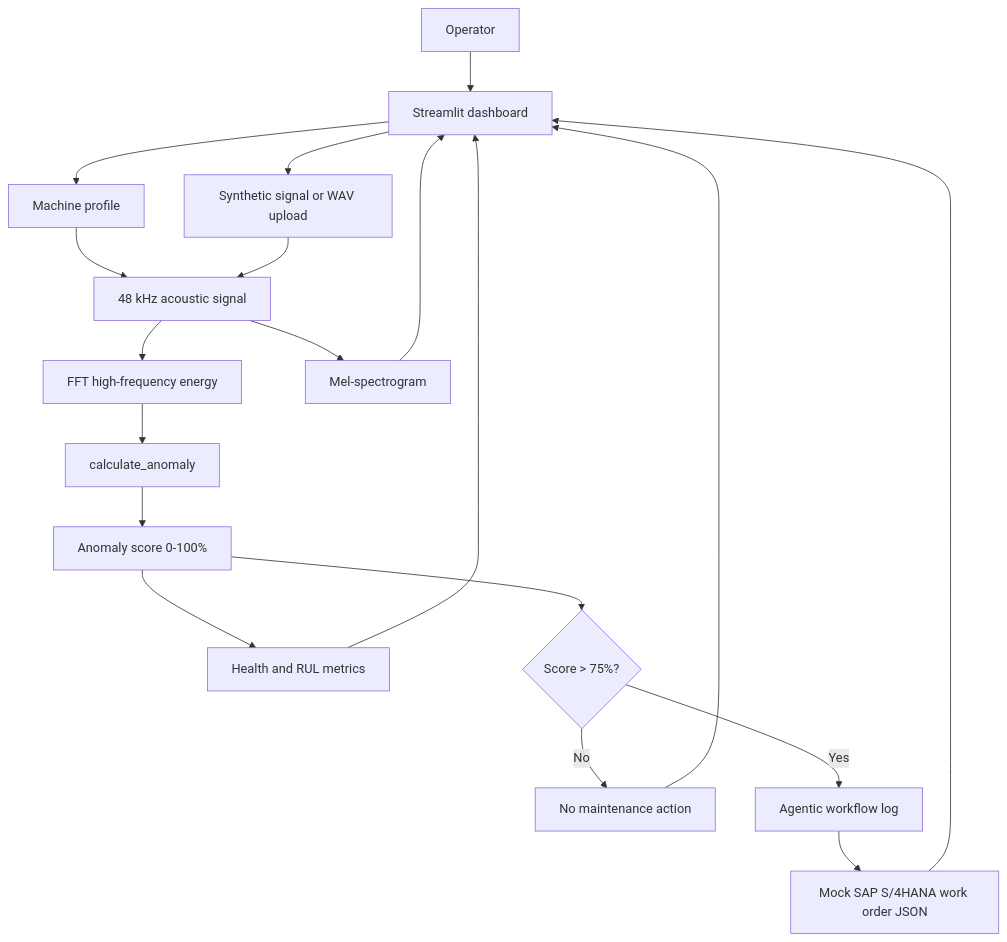
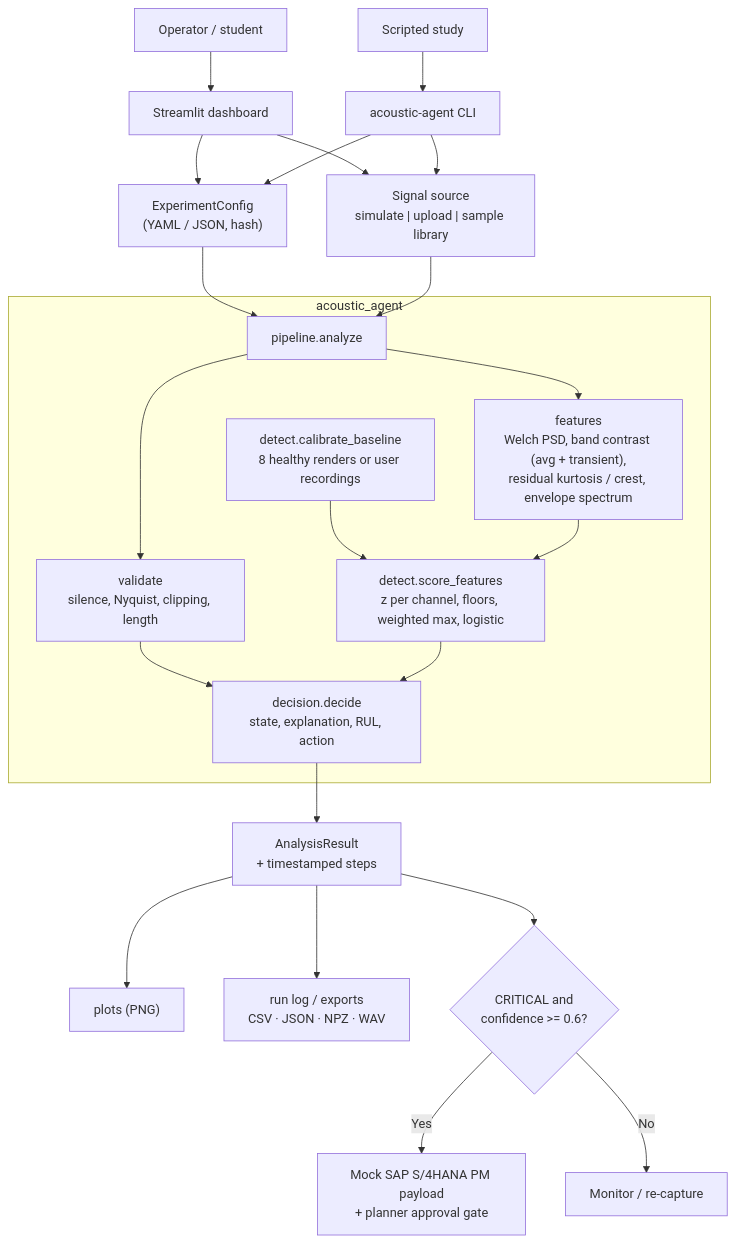
Before and after one commit to lalitsonawane/acoustic-diagnostic-agent-mvp: the first of 3 diagrams in docs/architecture.md, drawn with Mermaid. The commit also changed other lines of this file and 37 other files, not shown here.

First line of the commit message:
Professionalise MVP: acoustic_agent package, honest detector, experiment tooling (v0.2.0)

````diff
--- a/docs/architecture.md
+++ b/docs/architecture.md
@@ -7,21 +12,25 @@
 ```mermaid
 flowchart TD
-    operator["Operator"] --> ui["Streamlit dashboard"]
-    ui --> select["Machine profile"]
-    ui --> source["Synthetic signal or WAV upload"]
-    select --> signal["48 kHz acoustic signal"]
-    source --> signal
-    signal --> features["FFT high-frequency energy"]
-    signal --> mel["Mel-spectrogram"]
-    features --> detector["calculate_anomaly"]
-    detector --> score["Anomaly score 0-100%"]
-    score --> health["Health and RUL metrics"]
-    score --> gate{"Score > 75%?"}
-    gate -->|"No"| normal["No maintenance action"]
-    gate -->|"Yes"| agent["Agentic workflow log"]
-    agent --> sap["Mock SAP S/4HANA work order JSON"]
-    mel --> ui
-    health --> ui
-    normal --> ui
-    sap --> ui
+    operator["Operator / student"] --> ui["Streamlit dashboard"]
+    script["Scripted study"] --> cli["acoustic-agent CLI"]
+    ui --> cfg["ExperimentConfig\n(YAML / JSON, hash)"]
+    cli --> cfg
+    ui --> src["Signal source\nsimulate | upload | sample library"]
+    cli --> src
+    cfg --> pipe["pipeline.analyze"]
+    src --> pipe
+    subgraph acoustic_agent
+        pipe --> feat["features\nWelch PSD, band contrast (avg + transient),\nresidual kurtosis / crest, envelope spectrum"]
+        pipe --> val["validate\nsilence, Nyquist, clipping, length"]
+        base["detect.calibrate_baseline\n8 healthy renders or user recordings"] --> det
+        feat --> det["detect.score_features\nz per channel, floors, weighted max, logistic"]
+        val --> dec
+        det --> dec["decision.decide\nstate, explanation, RUL, action"]
+    end
+    dec --> result["AnalysisResult\n+ timestamped steps"]
+    result --> plots["plots (PNG)"]
+    result --> log["run log / exports\nCSV · JSON · NPZ · WAV"]
+    result --> gate{"CRITICAL and\nconfidence >= 0.6?"}
+    gate -->|"Yes"| wo["Mock SAP S/4HANA PM payload\n+ planner approval gate"]
+    gate -->|"No"| none["Monitor / re-capture"]
 ```
````
